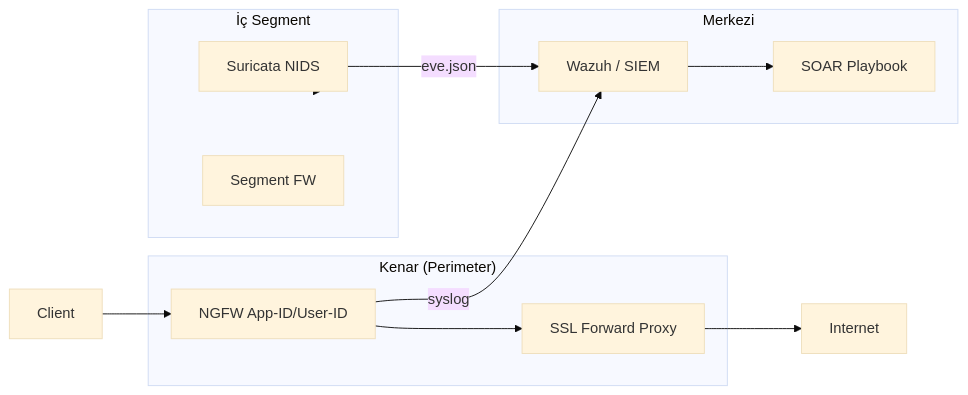
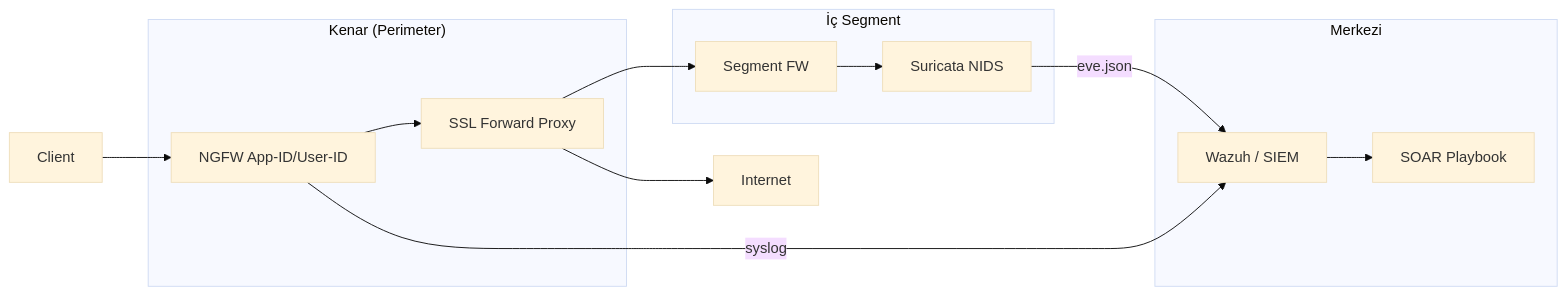
One commit to yusufarbc/Siber-Guvenlik-Rehberi changed the diagram in src/content/docs/06-ag-guvenligi/02-firewall-ids-ips.md. Above: the diagram before and after it, drawn with Mermaid (base theme). The commit also changed 13 other files, not shown here.

First line of the commit message:
Mermaid diyagramlarındaki yapısal sorunları düzelt, kalabalık olanları sadeleştir

````diff
--- a/src/content/docs/06-ag-guvenligi/02-firewall-ids-ips.md
+++ b/src/content/docs/06-ag-guvenligi/02-firewall-ids-ips.md
@@ -35,22 +35,23 @@
 ```mermaid
 flowchart LR
     subgraph Edge["Kenar (Perimeter)"]
         NGFW[NGFW App-ID/User-ID]
         SSL[SSL Forward Proxy]
     end
     subgraph Core["İç Segment"]
         IDS[Suricata NIDS]
         SEG[Segment FW]
     end
     subgraph SOC["Merkezi"]
         SIEM[Wazuh / SIEM]
         SOAR[SOAR Playbook]
     end
     Client --> NGFW
     NGFW --> SSL
     SSL --> Internet
-    Core --> IDS
+    SSL --> SEG
+    SEG --> IDS
     IDS -->|eve.json| SIEM
     NGFW -->|syslog| SIEM
     SIEM --> SOAR
 ```
````
